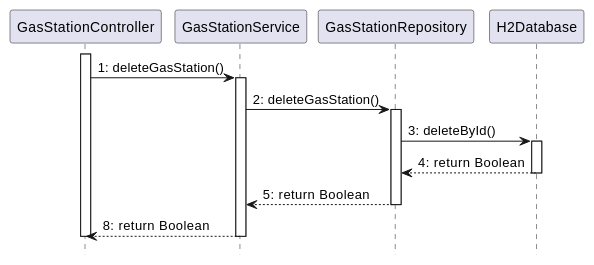
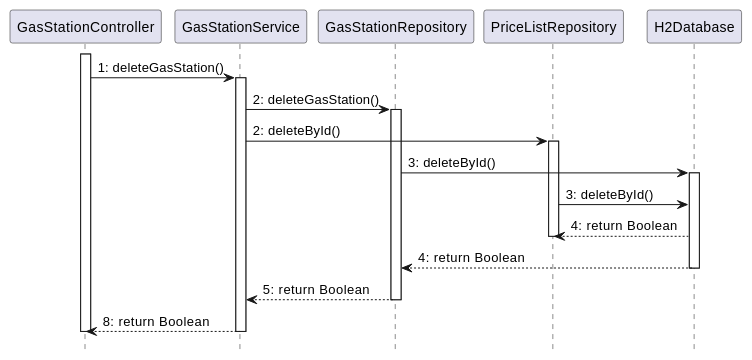
The tenth of 14 diagrams in docs/DesignDocument.md (SE2-group4/SE1-project), drawn with PlantUML before and after one commit. The commit also changed other lines of this file, not shown here.

````diff
--- a/docs/DesignDocument.md
+++ b/docs/DesignDocument.md
@@ -810,32 +649,41 @@
 ```plantuml
 @startuml
 hide footbox
 skinparam shadowing false
 
 participant GasStationController as GC
 participant GasStationService as GS
 participant GasStationRepository as GR
+participant PriceListRepository as PR
 participant H2Database as H2
 
 activate GC
 GC -> GS: 1: deleteGasStation()
 activate GS
 
 GS -> GR: 2: deleteGasStation()
 activate GR
 
+GS -> PR: 2: deleteById()
+activate PR
+
 GR -> H2: 3: deleteById()
 
 activate H2
+PR -> H2: 3: deleteById()
+
+H2 --> PR: 4: return Boolean
+deactivate PR
+
 H2 --> GR: 4: return Boolean
 deactivate H2
 
 
 GR --> GS: 5: return Boolean
 deactivate GR
 
 GS --> GC: 8: return Boolean
 deactivate GS
 deactivate GC
 @enduml
 ```
````
